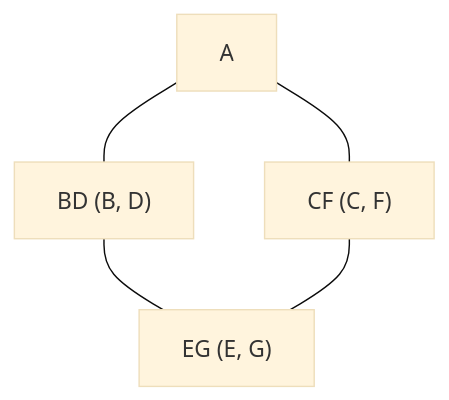
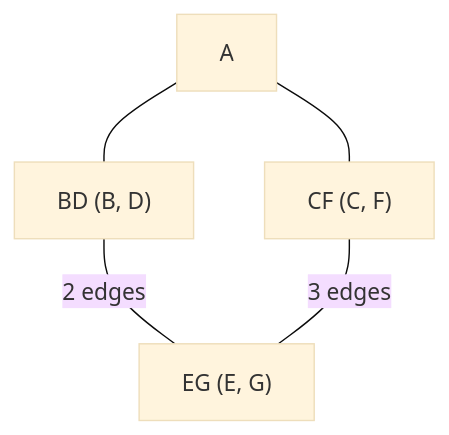
Before and after one commit to hmdsefi/gograph: the fourth of 5 diagrams in partition/k-cut.md, drawn with Mermaid (base theme). The commit also changed other lines of this file and 1 other file, not shown here.

Commit message:
Show edge counts in the k-cut steps and the stop check in the Girvan-Newman flowchart

````diff
--- a/partition/k-cut.md
+++ b/partition/k-cut.md
@@ -112,10 +112,10 @@
 ```mermaid
 flowchart TD
     EG["EG (E, G)"]
     CF["CF (C, F)"]
     BD["BD (B, D)"]
     A --- BD
     A --- CF
-    BD --- EG
-    CF --- EG
+    BD ---|"2 edges"| EG
+    CF ---|"3 edges"| EG
 ```
````
